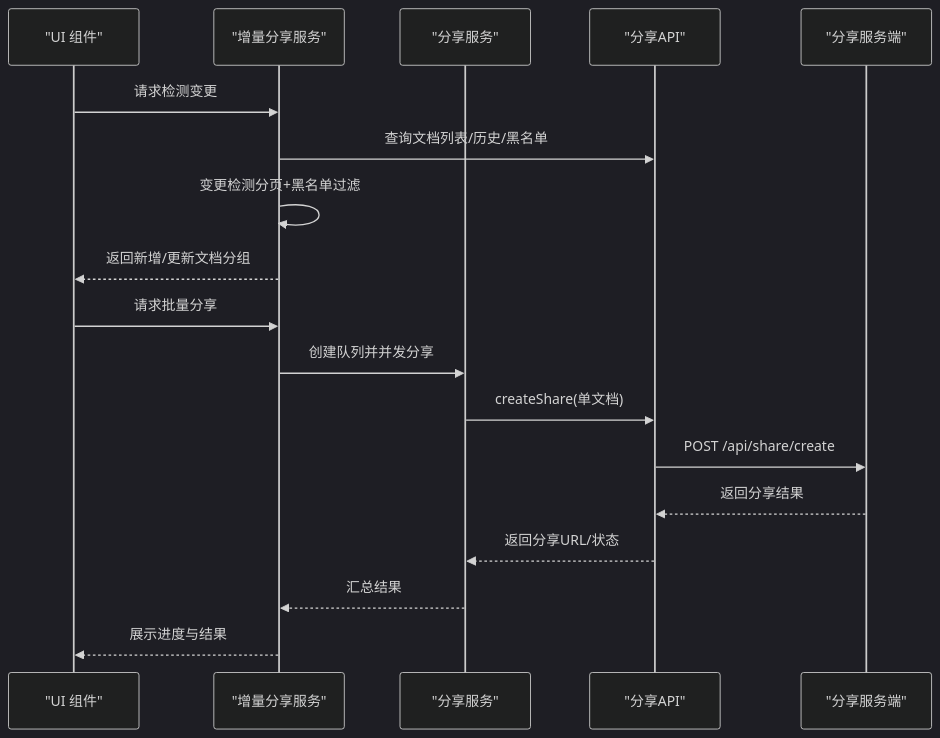
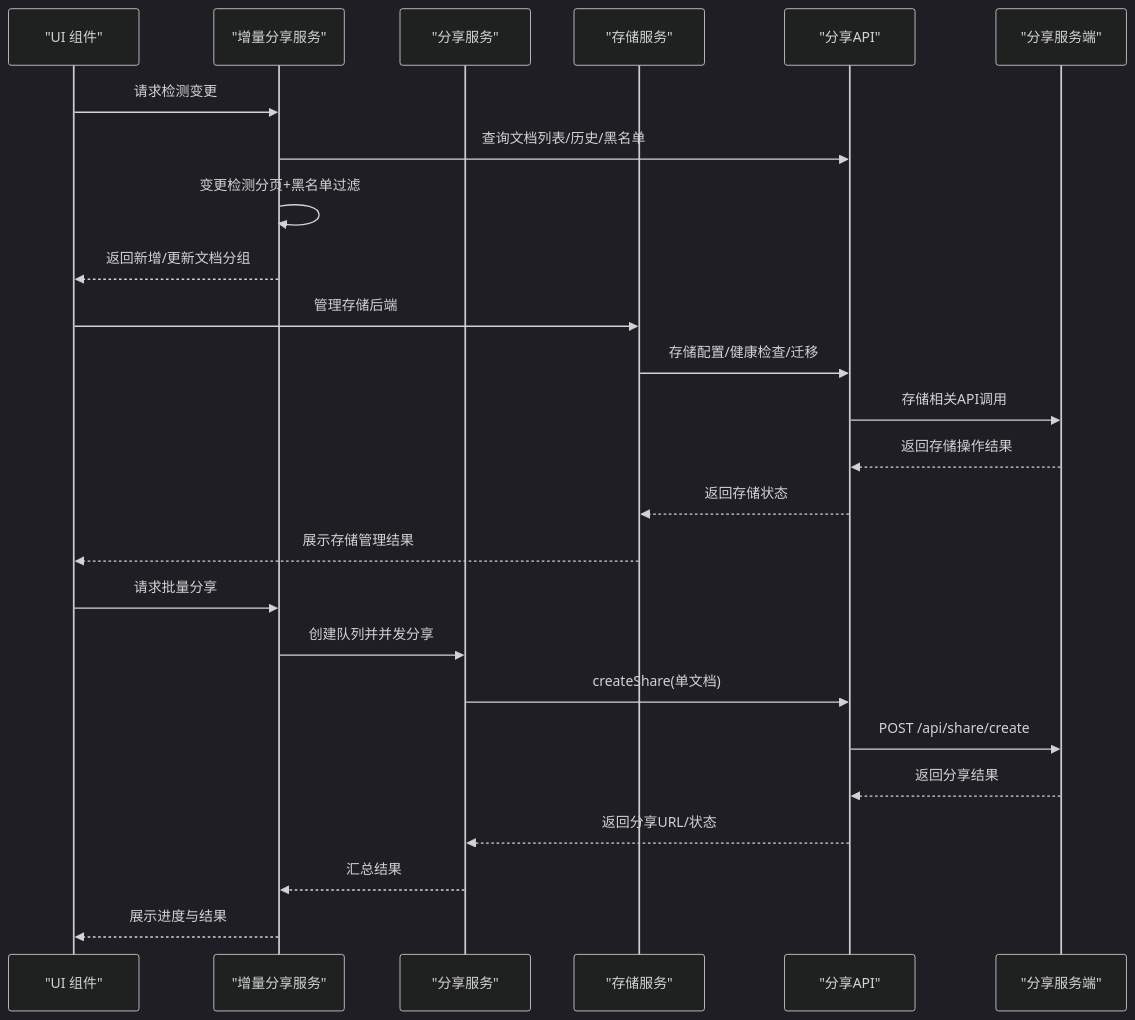
Before and after one commit to terwerinc/siyuan-plugin-share-pro: the second of 8 diagrams in .qoder/repowiki/zh/content/开放规范/开放规范.md, drawn with Mermaid (dark theme). The commit also changed other lines of this file and 6 other files, not shown here.

````diff
--- a/.qoder/repowiki/zh/content/开放规范/开放规范.md
+++ b/.qoder/repowiki/zh/content/开放规范/开放规范.md
@@ -114,20 +131,27 @@
 ```mermaid
 sequenceDiagram
 participant UI as "UI 组件"
 participant ISS as "增量分享服务"
 participant SS as "分享服务"
+participant STS as "存储服务"
 participant SA as "分享API"
 participant SVR as "分享服务端"
 UI->>ISS : 请求检测变更
 ISS->>SA : 查询文档列表/历史/黑名单
 ISS->>ISS : 变更检测分页+黑名单过滤
 ISS-->>UI : 返回新增/更新文档分组
+UI->>STS : 管理存储后端
+STS->>SA : 存储配置/健康检查/迁移
+SA->>SVR : 存储相关API调用
+SVR-->>SA : 返回存储操作结果
+SA-->>STS : 返回存储状态
+STS-->>UI : 展示存储管理结果
 UI->>ISS : 请求批量分享
 ISS->>SS : 创建队列并并发分享
 SS->>SA : createShare(单文档)
 SA->>SVR : POST /api/share/create
 SVR-->>SA : 返回分享结果
 SA-->>SS : 返回分享URL/状态
 SS-->>ISS : 汇总结果
 ISS-->>UI : 展示进度与结果
 ```
````
